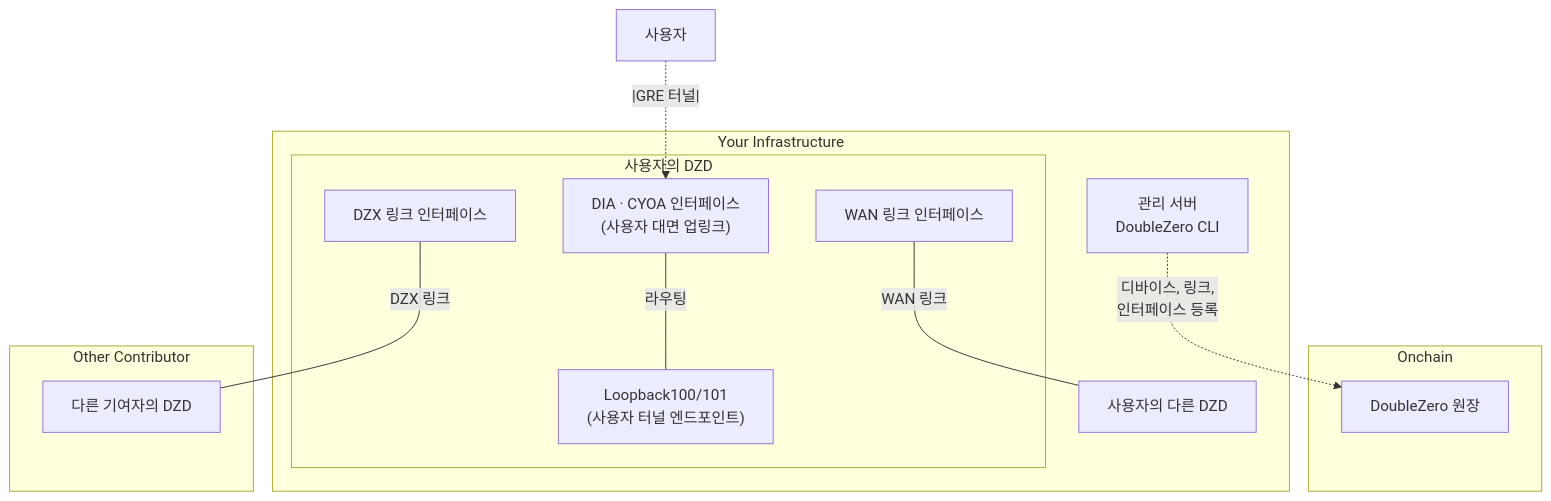
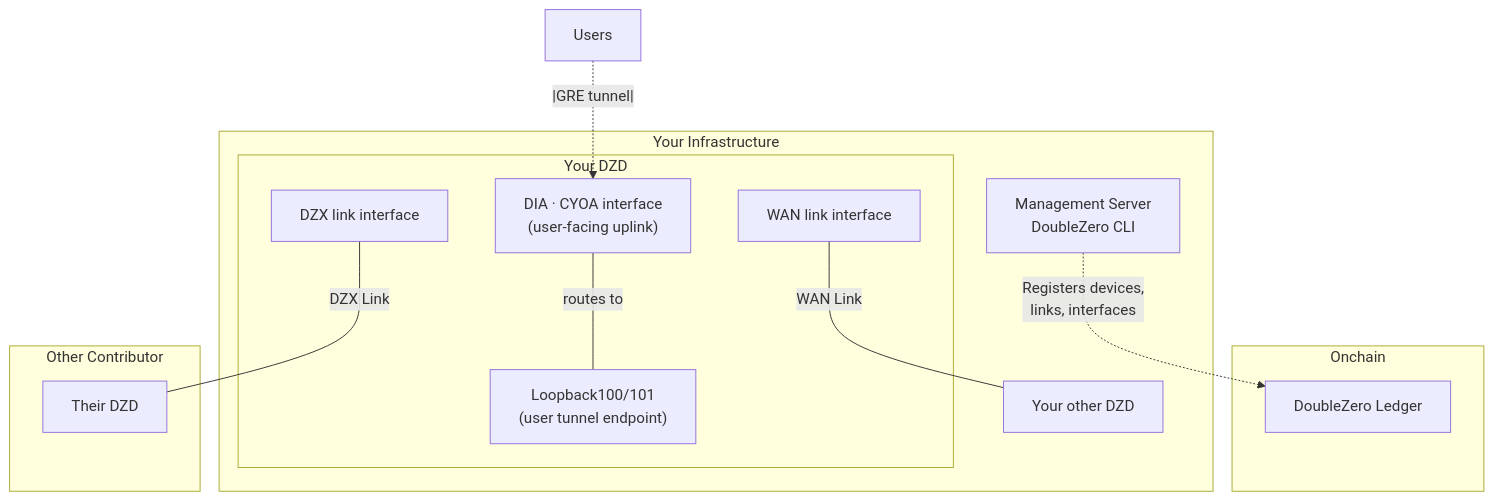
One commit to malbeclabs/docs changed the first of 13 diagrams in docs/contribute-provisioning.ko.md. Above: the diagram before and after it, drawn with Mermaid. The commit also changed other lines of this file and 130 other files, not shown here.

````diff
--- a/docs/contribute-provisioning.ko.md
+++ b/docs/contribute-provisioning.ko.md
@@ -50,29 +50,29 @@
 ```mermaid
 flowchart TB
     subgraph Onchain
-        SC[DoubleZero 원장]
+        SC[DoubleZero Ledger]
     end
 
     subgraph Your Infrastructure
-        MGMT[관리 서버<br/>DoubleZero CLI]
-        subgraph DZD[사용자의 DZD]
-            CYOA["DIA · CYOA 인터페이스<br/>(사용자 대면 업링크)"]
-            WAN_INTF["WAN 링크 인터페이스"]
-            DZX_INTF["DZX 링크 인터페이스"]
-            LO100["Loopback100/101<br/>(사용자 터널 엔드포인트)"]
+        MGMT[Management Server<br/>DoubleZero CLI]
+        subgraph DZD[Your DZD]
+            CYOA["DIA · CYOA interface<br/>(user-facing uplink)"]
+            WAN_INTF["WAN link interface"]
+            DZX_INTF["DZX link interface"]
+            LO100["Loopback100/101<br/>(user tunnel endpoint)"]
         end
-        DZD2[사용자의 다른 DZD]
+        DZD2[Your other DZD]
     end
 
     subgraph Other Contributor
-        OtherDZD[다른 기여자의 DZD]
+        OtherDZD[Their DZD]
     end
 
-    USERS["사용자"]
+    USERS["Users"]
 
-    MGMT -.->|디바이스, 링크,<br/>인터페이스 등록| SC
-    WAN_INTF ---|WAN 링크| DZD2
-    DZX_INTF ---|DZX 링크| OtherDZD
-    USERS -.|GRE 터널|.-> CYOA
-    CYOA ---|라우팅| LO100
+    MGMT -.->|Registers devices,<br/>links, interfaces| SC
+    WAN_INTF ---|WAN Link| DZD2
+    DZX_INTF ---|DZX Link| OtherDZD
+    USERS -.|GRE tunnel|.-> CYOA
+    CYOA ---|routes to| LO100
 ```
````
